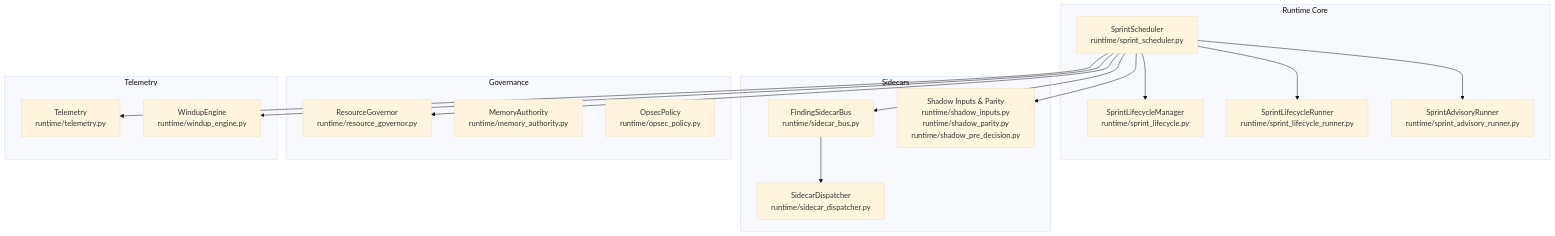
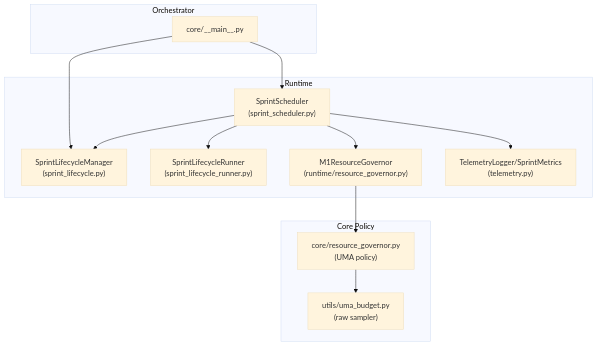
Before and after one commit to Hamulda/hledac-universal: the first of 7 diagrams in .qoder/repowiki/en/content/Runtime Management/Runtime Management.md, drawn with Mermaid (base theme). The commit also changed other lines of this file and 236 other files, not shown here.

Commit message:
feat: F234 prelive gate, acquisition strategy and sprint scheduler improvements

````diff
--- a/.qoder/repowiki/en/content/Runtime Management/Runtime Management.md
+++ b/.qoder/repowiki/en/content/Runtime Management/Runtime Management.md
@@ -47,32 +39,25 @@
 ```mermaid
 graph TB
-subgraph "Runtime Core"
-SCHED["SprintScheduler<br/>runtime/sprint_scheduler.py"]
-LIFE["SprintLifecycleManager<br/>runtime/sprint_lifecycle.py"]
-RUNNER["SprintLifecycleRunner<br/>runtime/sprint_lifecycle_runner.py"]
-ADVISOR["SprintAdvisoryRunner<br/>runtime/sprint_advisory_runner.py"]
+subgraph "Runtime"
+SL["SprintLifecycleManager<br/>(sprint_lifecycle.py)"]
+SLCR["SprintLifecycleRunner<br/>(sprint_lifecycle_runner.py)"]
+SCHED["SprintScheduler<br/>(sprint_scheduler.py)"]
+GOV["M1ResourceGovernor<br/>(runtime/resource_governor.py)"]
+TEL["TelemetryLogger/SprintMetrics<br/>(telemetry.py)"]
 end
-subgraph "Sidecars"
-BUS["FindingSidecarBus<br/>runtime/sidecar_bus.py"]
-DISPATCH["SidecarDispatcher<br/>runtime/sidecar_dispatcher.py"]
-SHADOW["Shadow Inputs & Parity<br/>runtime/shadow_inputs.py<br/>runtime/shadow_parity.py<br/>runtime/shadow_pre_decision.py"]
+subgraph "Core Policy"
+CRG["core/resource_governor.py<br/>(UMA policy)"]
+UMA["utils/uma_budget.py<br/>(raw sampler)"]
 end
-subgraph "Governance"
-GOVERN["ResourceGovernor<br/>runtime/resource_governor.py"]
-MEM["MemoryAuthority<br/>runtime/memory_authority.py"]
-OPS["OpsecPolicy<br/>runtime/opsec_policy.py"]
+subgraph "Orchestrator"
+MAIN["core/__main__.py"]
 end
-subgraph "Telemetry"
-TELE["Telemetry<br/>runtime/telemetry.py"]
-WIND["WindupEngine<br/>runtime/windup_engine.py"]
-end
-SCHED --> LIFE
-SCHED --> RUNNER
-SCHED --> ADVISOR
-SCHED --> BUS
-BUS --> DISPATCH
-SCHED --> GOVERN
-SCHED --> SHADOW
-SCHED --> TELE
-SCHED --> WIND
+MAIN --> SL
+MAIN --> SCHED
+SCHED --> SL
+SCHED --> SLCR
+SCHED --> GOV
+GOV --> CRG
+CRG --> UMA
+SCHED --> TEL
 ```
````
